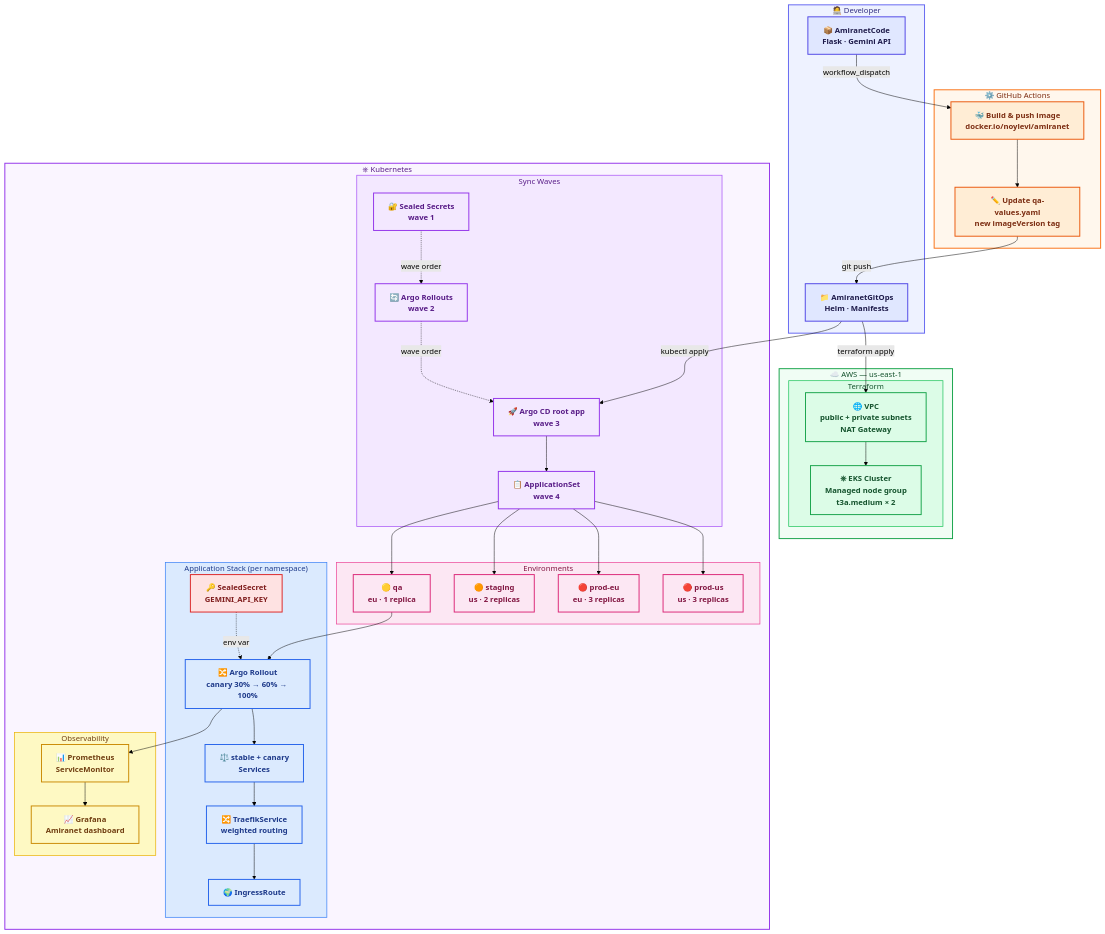
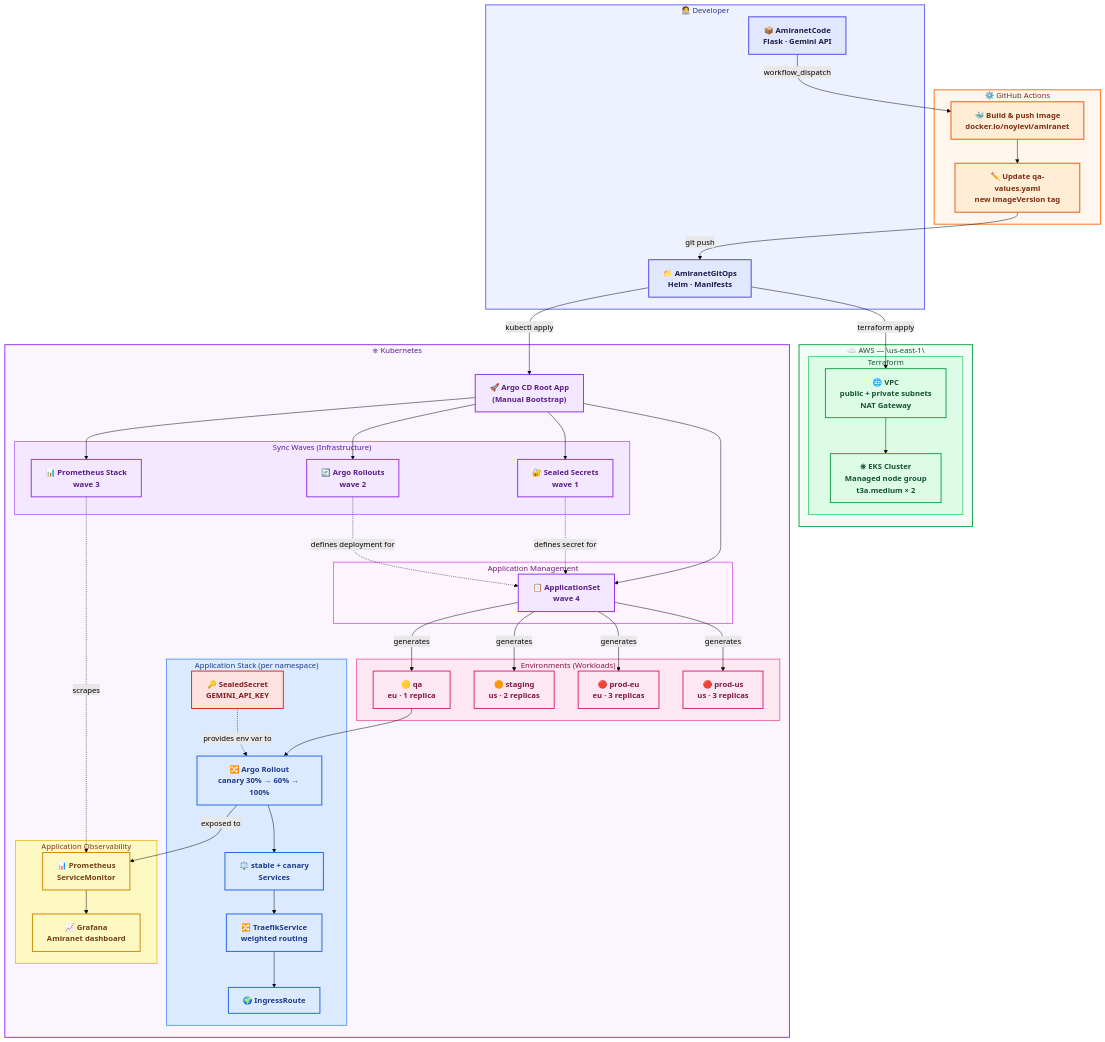
Before and after one commit to NoyLevi24/AmiranetGitOps: the diagram in README.md, drawn with Mermaid (forest theme). The commit also changed other lines of this file, not shown here.

Commit message:
Revise flowchart styles and application dependencies
Updated the README to enhance the flowchart and clarify the application dependencies with sync waves.

````diff
--- a/README.md
+++ b/README.md
@@ -14,27 +14,31 @@
 ```mermaid
 flowchart TB
-    classDef devStyle    fill:#e0e7ff,stroke:#4f46e5,stroke-width:2px,color:#1e1b4b,font-weight:bold
-    classDef ciStyle     fill:#ffedd5,stroke:#ea580c,stroke-width:2px,color:#7c2d12,font-weight:bold
-    classDef tfStyle     fill:#dcfce7,stroke:#16a34a,stroke-width:2px,color:#14532d,font-weight:bold
-    classDef argoStyle   fill:#f3e8ff,stroke:#9333ea,stroke-width:2px,color:#581c87,font-weight:bold
-    classDef appStyle    fill:#dbeafe,stroke:#2563eb,stroke-width:2px,color:#1e3a8a,font-weight:bold
-    classDef obsStyle    fill:#fef9c3,stroke:#ca8a04,stroke-width:2px,color:#713f12,font-weight:bold
-    classDef envStyle    fill:#fce7f3,stroke:#db2777,stroke-width:2px,color:#831843,font-weight:bold
-    classDef secretStyle fill:#fee2e2,stroke:#dc2626,stroke-width:2px,color:#7f1d1d,font-weight:bold
+    %% Definitions of styles for the different nodes
+    classDef devStyle     fill:#e0e7ff,stroke:#4f46e5,stroke-width:2px,color:#1e1b4b,font-weight:bold
+    classDef ciStyle      fill:#ffedd5,stroke:#ea580c,stroke-width:2px,color:#7c2d12,font-weight:bold
+    classDef tfStyle      fill:#dcfce7,stroke:#16a34a,stroke-width:2px,color:#14532d,font-weight:bold
+    classDef argoStyle    fill:#f3e8ff,stroke:#9333ea,stroke-width:2px,color:#581c87,font-weight:bold
+    classDef appStyle     fill:#dbeafe,stroke:#2563eb,stroke-width:2px,color:#1e3a8a,font-weight:bold
+    classDef obsStyle     fill:#fef9c3,stroke:#ca8a04,stroke-width:2px,color:#713f12,font-weight:bold
+    classDef envStyle     fill:#fce7f3,stroke:#db2777,stroke-width:2px,color:#831843,font-weight:bold
+    classDef secretStyle  fill:#fee2e2,stroke:#dc2626,stroke-width:2px,color:#7f1d1d,font-weight:bold
 
+    %% Developer subgraph
     subgraph DEV["  🧑‍💻  Developer"]
         CODE["📦 AmiranetCode\nFlask · Gemini API"]
         GITOPS_REPO["📁 AmiranetGitOps\nHelm · Manifests"]
     end
     style DEV fill:#eef2ff,stroke:#6366f1,stroke-width:2px,color:#312e81
 
+    %% CI/CD subgraph
     subgraph CI["  ⚙️  GitHub Actions"]
         BUILD["🐳 Build & push image\ndocker.io/noylevi/amiranet"]
         UPDATE["✏️ Update qa-values.yaml\nnew imageVersion tag"]
     end
     style CI fill:#fff7ed,stroke:#f97316,stroke-width:2px,color:#7c2d12
 
-    subgraph AWS["  ☁️  AWS — "us-east-1""]
+    %% AWS Infrastructure subgraph
+    subgraph AWS["  ☁️  AWS — \"us-east-1\""]
         subgraph TF["Terraform"]
             VPC["🌐 VPC\npublic + private subnets\nNAT Gateway"]
             EKS["⎈ EKS Cluster\nManaged node group\nt3a.medium × 2"]
@@ -43,16 +47,25 @@
     end
     style AWS fill:#f0fdf4,stroke:#16a34a,stroke-width:2px,color:#14532d
 
+    %% Kubernetes Cluster subgraph
     subgraph K8S["  ⎈  Kubernetes"]
-        subgraph WAVES["Sync Waves"]
+        
+        %% Root App is external to the waves, it bootstraps everything
+        ROOT_APP["🚀 Argo CD Root App\n(Manual Bootstrap)"]
+
+        subgraph WAVES["Sync Waves (Infrastructure)"]
             W1["🔐 Sealed Secrets\nwave 1"]
             W2["🔄 Argo Rollouts\nwave 2"]
-            W3["🚀 Argo CD root app\nwave 3"]
-            W4["📋 ApplicationSet\nwave 4"]
+            W3["📊 Prometheus Stack\nwave 3"]
         end
         style WAVES fill:#f3e8ff,stroke:#a855f7,stroke-width:1.5px,color:#581c87
 
-        subgraph ENVS["Environments"]
+        subgraph APP_SET["Application Management"]
+            W4["📋 ApplicationSet\nwave 4"]
+        end
+        style APP_SET fill:#fdf4ff,stroke:#d946ef,stroke-width:1.5px,color:#701a75
+
+        subgraph ENVS["Environments (Workloads)"]
             QA["🟡 qa\neu · 1 replica"]
             STAGING["🟠 staging\nus · 2 replicas"]
             PROD_EU["🔴 prod-eu\neu · 3 replicas"]
@@ -69,46 +82,64 @@
         end
         style APP fill:#dbeafe,stroke:#3b82f6,stroke-width:1.5px,color:#1e3a8a
 
-        subgraph OBS["Observability"]
-            PROM["📊 Prometheus\nServiceMonitor"]
+        subgraph OBS["Application Observability"]
+            PROM_SM["📊 Prometheus\nServiceMonitor"]
             GRAFANA["📈 Grafana\nAmiranet dashboard"]
         end
         style OBS fill:#fef9c3,stroke:#eab308,stroke-width:1.5px,color:#713f12
     end
     style K8S fill:#faf5ff,stroke:#9333ea,stroke-width:2px,color:#581c87
 
-    %% Developer flow
+    %% --- Edges defining the flow ---
+
+    %% Developer and CI flow
     CODE -->|"workflow_dispatch"| BUILD
     BUILD --> UPDATE
     UPDATE -->|"git push"| GITOPS_REPO
 
-    %% Terraform
+    %% Terraform flow
     GITOPS_REPO -->|"terraform apply"| VPC
     VPC --> EKS
 
-    %% GitOps bootstrap
-    GITOPS_REPO -->|"kubectl apply"| W3
-    W3 --> W4
-    W1 -.->|"wave order"| W2 -.->|"wave order"| W3
+    %% GitOps bootstrap flow
+    GITOPS_REPO -->|"kubectl apply"| ROOT_APP
+    
+    %% Root App installs the infrastructure and appset
+    ROOT_APP --> W1
+    ROOT_APP --> W2
+    ROOT_APP --> W3
+    ROOT_APP --> W4
 
-    %% ApplicationSet → envs
-    W4 --> QA & STAGING & PROD_EU & PROD_US
+    %% Dependencies between waves
+    W1 -.->|"defines secret for"| W4
+    W2 -.->|"defines deployment for"| W4
+    W3 -.->|"scrapes"| PROM_SM
 
-    %% App stack
+    %% ApplicationSet generates apps for environments
+    W4 -->|"generates"| QA
+    W4 -->|"generates"| STAGING
+    W4 -->|"generates"| PROD_EU
+    W4 -->|"generates"| PROD_US
+
+    %% Application stack internal flow
     QA --> ROLLOUT
-    ROLLOUT --> SVCS --> TRAEFIK --> INGRESS
-    SECRET -.->|"env var"| ROLLOUT
+    ROLLOUT --> SVCS
+    SVCS --> TRAEFIK
+    TRAEFIK --> INGRESS
+    SECRET -.->|"provides env var to"| ROLLOUT
 
-    %% Observability
-    ROLLOUT --> PROM --> GRAFANA
+    %% Observability flow
+    ROLLOUT -->|"exposed to"| PROM_SM
+    PROM_SM --> GRAFANA
 
-    %% Apply styles
+    %% --- Apply styles to nodes ---
     class CODE,GITOPS_REPO devStyle
     class BUILD,UPDATE ciStyle
     class VPC,EKS tfStyle
-    class W1,W2,W3,W4 argoStyle
+    class ROOT_APP,W1,W2,W3 argoStyle
+    class W4 argoStyle
     class QA,STAGING,PROD_EU,PROD_US envStyle
     class ROLLOUT,SVCS,TRAEFIK,INGRESS appStyle
     class SECRET secretStyle
-    class PROM,GRAFANA obsStyle
+    class PROM_SM,GRAFANA obsStyle
 ```
````
